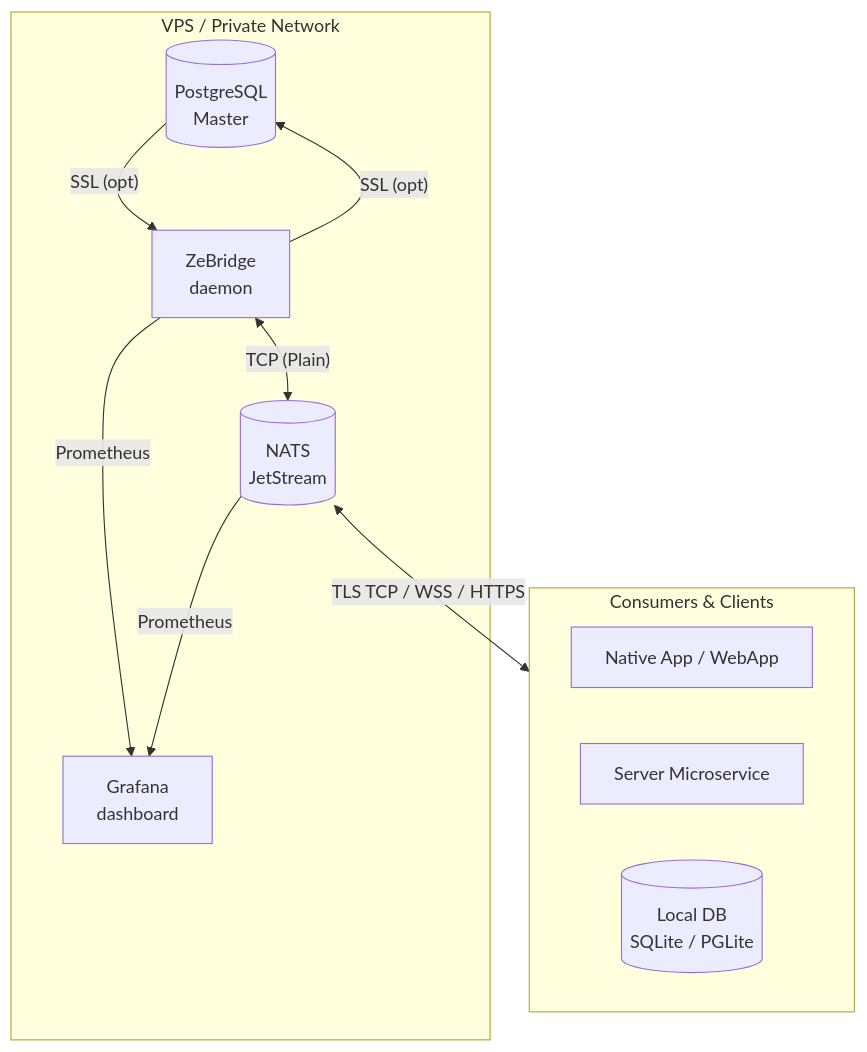
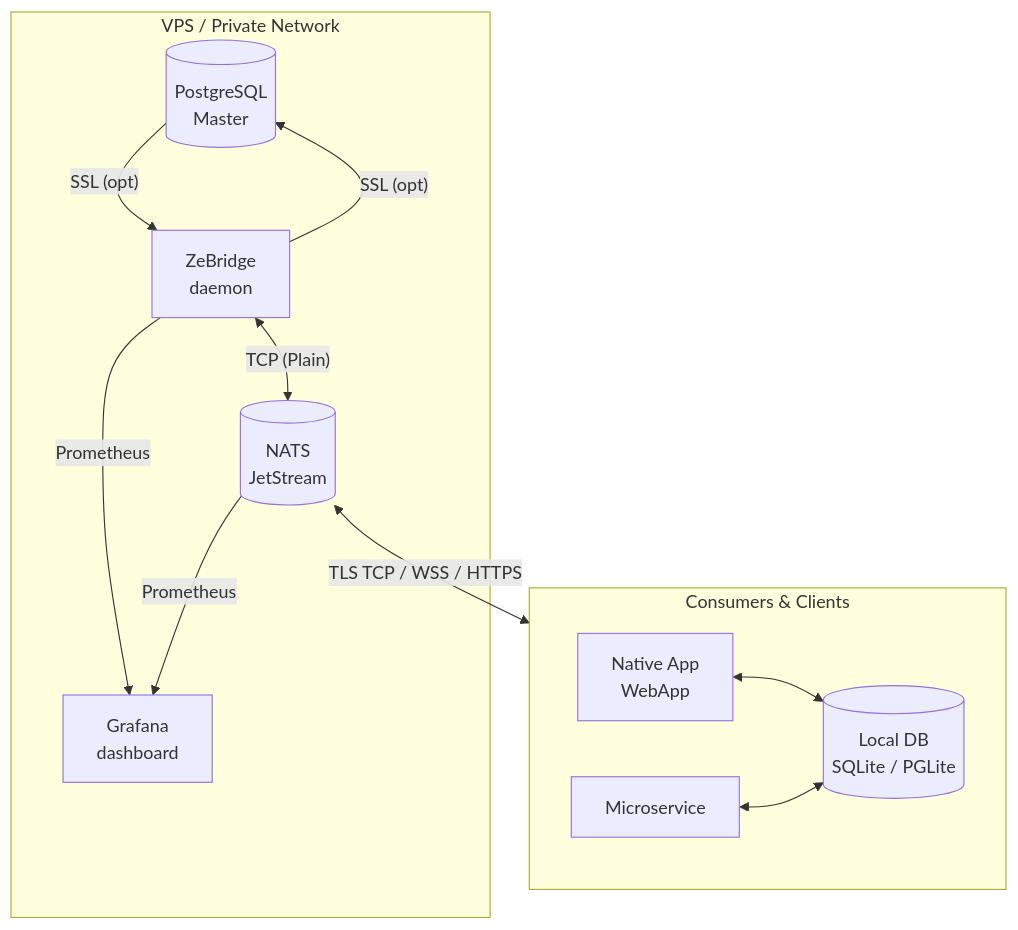
The first of 2 diagrams in README.md (ndrean/ZeBridge), drawn with Mermaid before and after one commit. The commit also changed other lines of this file and 22 other files, not shown here.

````diff
--- a/README.md
+++ b/README.md
@@ -19,22 +42,23 @@
 ```mermaid
 flowchart TD
     subgraph VPS["VPS / Private Network"]
         PG[("PostgreSQL <br> Master")]
         Bridge["ZeBridge <br> daemon"]
         NATS[("NATS <br> JetStream")]
         Bridge -- Prometheus --> Grafana["Grafana <br> dashboard"]
         NATS -- Prometheus --> Grafana
 
         PG -- "SSL (opt)" --> Bridge
         Bridge -- "SSL (opt)" --> PG
         Bridge <--> |"TCP (Plain)"| NATS
     end
 
     NATS <--> |"TLS TCP / WSS / HTTPS"| Consumers
 
     subgraph Consumers["Consumers & Clients"]
-        App["Native App / WebApp"]
-        Server_Worker["Server Microservice"]
-        Local_DB[("Local DB <br> SQLite / PGLite")]
+        App["Native App <br> WebApp"]
+        Server_Worker["Microservice"]
+        App <--> Local_DB[("Local DB <br> SQLite / PGLite")]
+        Server_Worker <--> Local_DB
     end
 ```
````
